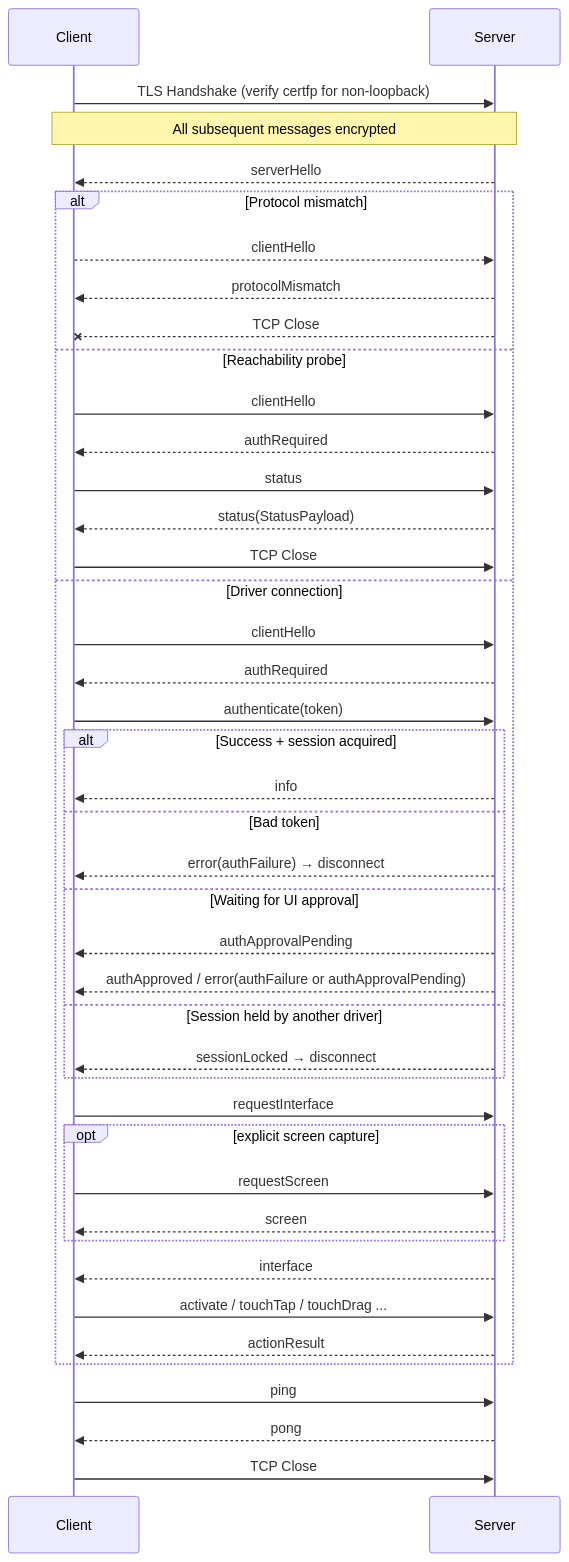
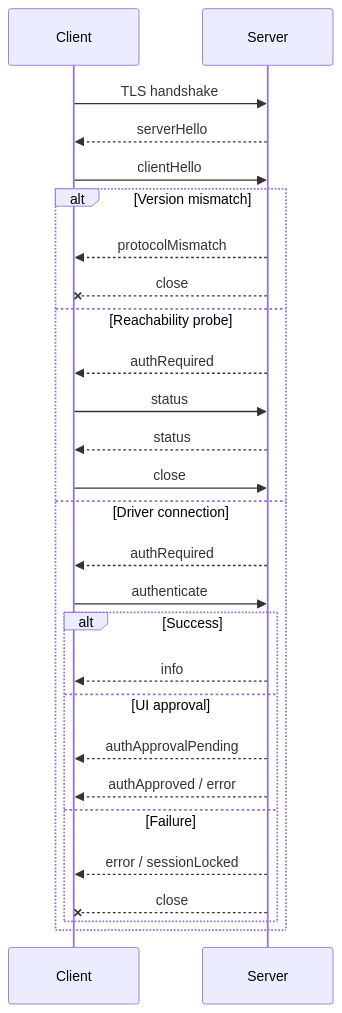
The diagram in docs/WIRE-PROTOCOL.md (RoyalPineapple/TheButtonHeist), drawn with Mermaid before and after one commit. The commit also changed other lines of this file and 57 other files, not shown here.

````diff
--- a/docs/WIRE-PROTOCOL.md
+++ b/docs/WIRE-PROTOCOL.md
@@ -55,51 +74,31 @@
 ```mermaid
 sequenceDiagram
     participant Client
     participant Server
 
-    Client->>Server: TLS Handshake (verify certfp for non-loopback)
-    Note over Client,Server: All subsequent messages encrypted
+    Client->>Server: TLS handshake
     Server-->>Client: serverHello
+    Client->>Server: clientHello
 
-    alt Protocol mismatch
-        Client-->>Server: clientHello
+    alt Version mismatch
         Server-->>Client: protocolMismatch
-        Server--xClient: TCP Close
+        Server--xClient: close
     else Reachability probe
-        Client->>Server: clientHello
         Server-->>Client: authRequired
         Client->>Server: status
-        Server-->>Client: status(StatusPayload)
-        Client->>Server: TCP Close
+        Server-->>Client: status
+        Client->>Server: close
     else Driver connection
-        Client->>Server: clientHello
         Server-->>Client: authRequired
-        Client->>Server: authenticate(token)
-
-        alt Success + session acquired
+        Client->>Server: authenticate
+        alt Success
             Server-->>Client: info
-        else Bad token
-            Server-->>Client: error(authFailure) → disconnect
-        else Waiting for UI approval
+        else UI approval
             Server-->>Client: authApprovalPending
-            Server-->>Client: authApproved / error(authFailure or authApprovalPending)
-        else Session held by another driver
-            Server-->>Client: sessionLocked → disconnect
+            Server-->>Client: authApproved / error
+        else Failure
+            Server-->>Client: error / sessionLocked
+            Server--xClient: close
         end
-
-        Client->>Server: requestInterface
-        opt explicit screen capture
-            Client->>Server: requestScreen
-            Server-->>Client: screen
-        end
-        Server-->>Client: interface
-
-        Client->>Server: activate / touchTap / touchDrag ...
-        Server-->>Client: actionResult
     end
-
-    Client->>Server: ping
-    Server-->>Client: pong
-
-    Client->>Server: TCP Close
 ```
````
